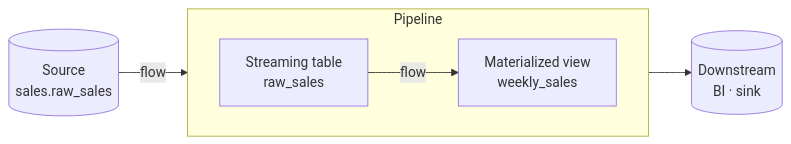
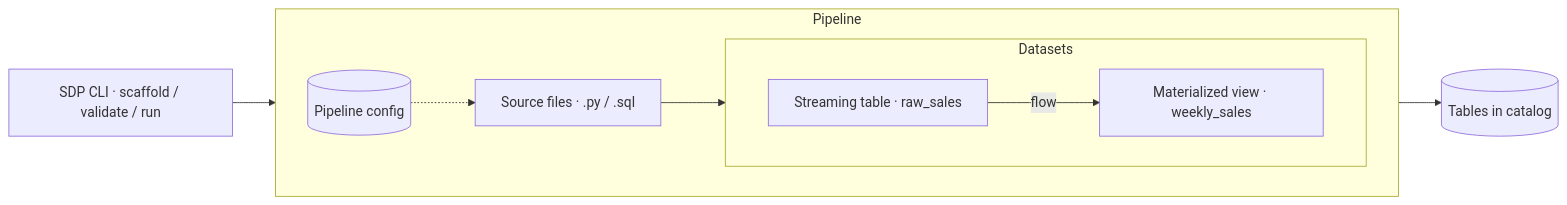
One commit to bijilsubhash/bijilsubhash-io changed the second of 2 diagrams in content/writing/from-rdds-to-sdp.mdx. Above: the diagram before and after it, drawn with Mermaid.

Commit message:
Restore original end-to-end SDP diagram, laid out horizontally
Revert to the original diagram (CLI, config, source files, datasets)
but switch the layout from top-down to left-to-right (flowchart LR,
inner subgraphs direction LR).

Claude-Session: https://claude.ai/code/session_01Npymw9oPygUYQZmdrkQM3a

````diff
--- a/content/writing/from-rdds-to-sdp.mdx
+++ b/content/writing/from-rdds-to-sdp.mdx
@@ -122,12 +122,16 @@
-```mermaid caption="A pipeline resolves a graph of datasets, each produced by a flow that reads a source and writes a target"
+```mermaid caption="An end-to-end Spark Declarative Pipeline"
 flowchart LR
-    SRC[("Source<br/>sales.raw_sales")]
-    subgraph P [Pipeline]
+    CLI[SDP CLI · scaffold / validate / run] --> PIPE
+    subgraph PIPE[Pipeline]
         direction LR
-        RS["Streaming table<br/>raw_sales"]
-        WS["Materialized view<br/>weekly_sales"]
+        CFG[(Pipeline config)] -.-> SRC
+        SRC[Source files · .py / .sql] --> RS
+        subgraph DS[Datasets]
+            direction LR
+            RS[Streaming table · raw_sales]
+            WS[Materialized view · weekly_sales]
+        end
         RS -->|flow| WS
     end
-    SRC -->|flow| RS
-    WS --> OUT[("Downstream<br/>BI · sink")]
+    PIPE --> OUT[(Tables in catalog)]
 ```
````
